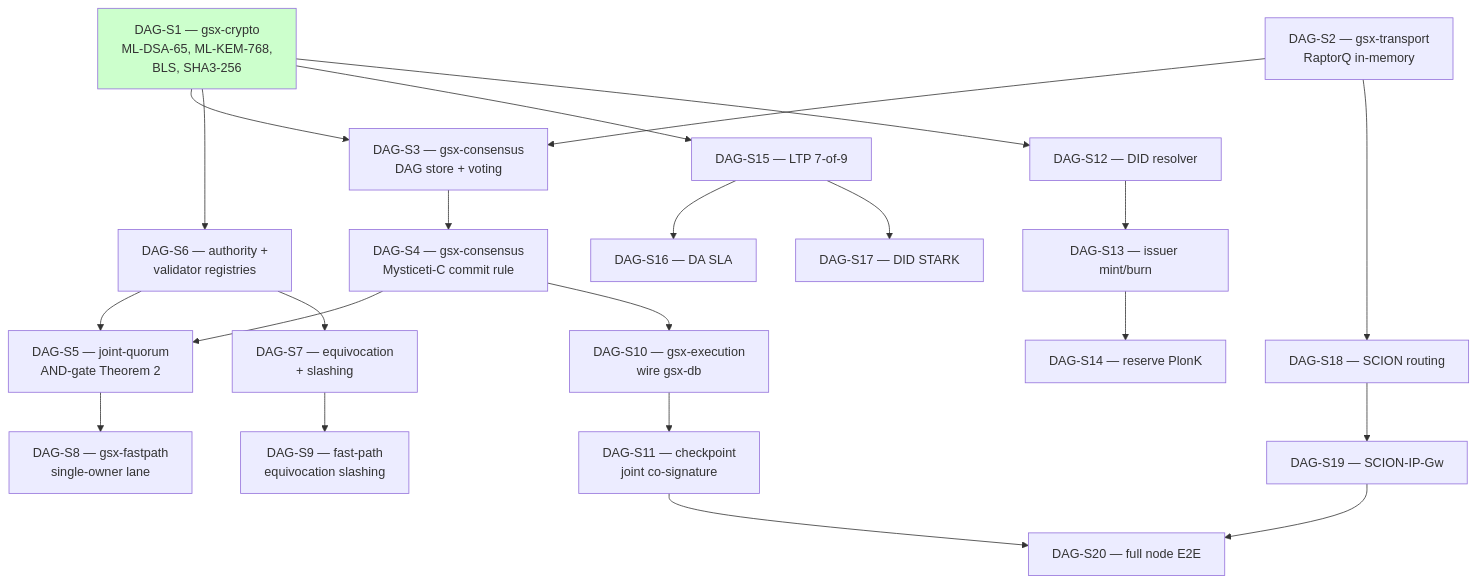
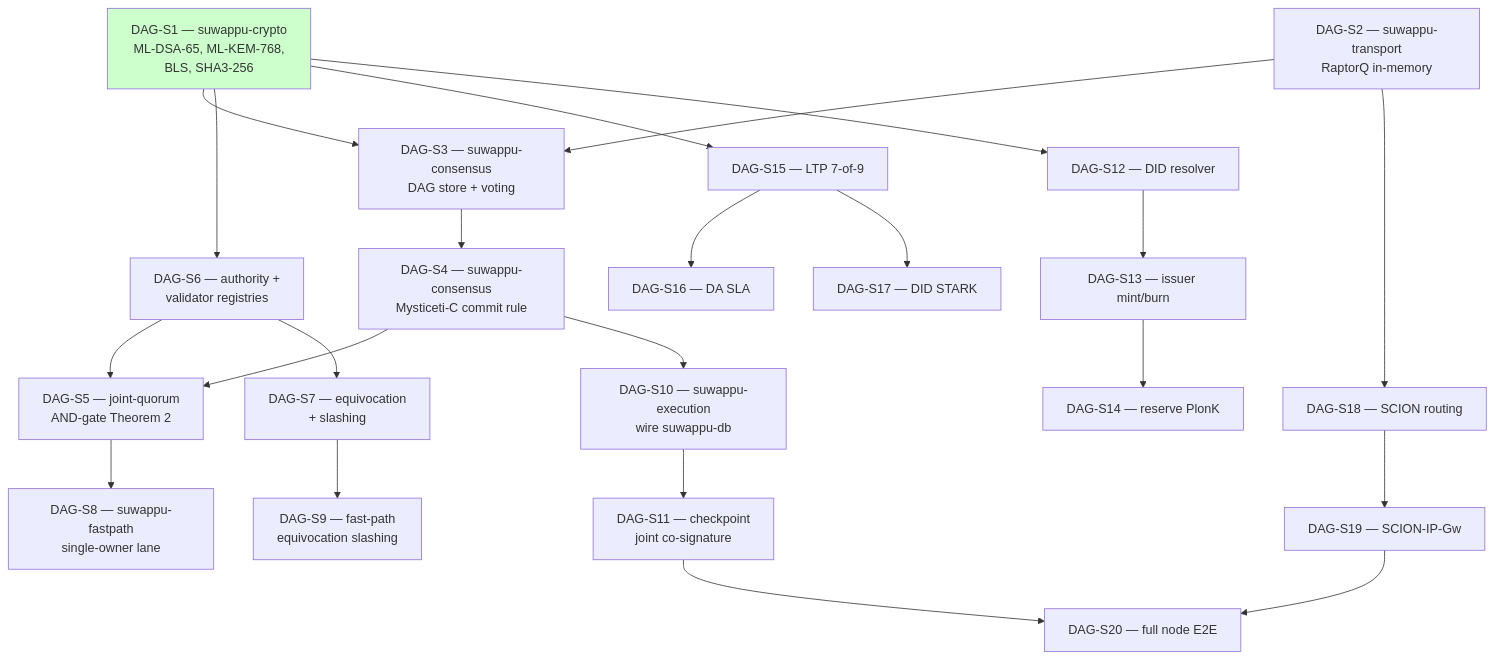
One commit to Suwappu-Labs/suwappu-dag changed the diagram in docs/architecture/sprint-map.md. Above: the diagram before and after it, drawn with Mermaid. The commit also changed other lines of this file and 503 other files, not shown here.

First line of the commit message:
chore: rebrand gsx-dag -> suwappu-dag (crates, code, docs, scripts)

````diff
--- a/docs/architecture/sprint-map.md
+++ b/docs/architecture/sprint-map.md
@@ -8,47 +8,47 @@
 ```mermaid
 flowchart TB
-    S1[DAG-S1 — gsx-crypto<br/>ML-DSA-65, ML-KEM-768,<br/>BLS, SHA3-256]
-    S2[DAG-S2 — gsx-transport<br/>RaptorQ in-memory]
-    S3[DAG-S3 — gsx-consensus<br/>DAG store + voting]
-    S4[DAG-S4 — gsx-consensus<br/>Mysticeti-C commit rule]
+    S1[DAG-S1 — suwappu-crypto<br/>ML-DSA-65, ML-KEM-768,<br/>BLS, SHA3-256]
+    S2[DAG-S2 — suwappu-transport<br/>RaptorQ in-memory]
+    S3[DAG-S3 — suwappu-consensus<br/>DAG store + voting]
+    S4[DAG-S4 — suwappu-consensus<br/>Mysticeti-C commit rule]
     S5[DAG-S5 — joint-quorum<br/>AND-gate Theorem 2]
     S6[DAG-S6 — authority +<br/>validator registries]
     S7[DAG-S7 — equivocation<br/>+ slashing]
-    S8[DAG-S8 — gsx-fastpath<br/>single-owner lane]
+    S8[DAG-S8 — suwappu-fastpath<br/>single-owner lane]
     S9[DAG-S9 — fast-path<br/>equivocation slashing]
-    S10[DAG-S10 — gsx-execution<br/>wire gsx-db]
+    S10[DAG-S10 — suwappu-execution<br/>wire suwappu-db]
     S11[DAG-S11 — checkpoint<br/>joint co-signature]
     S12[DAG-S12 — DID resolver]
     S13[DAG-S13 — issuer mint/burn]
     S14[DAG-S14 — reserve PlonK]
     S15[DAG-S15 — LTP 7-of-9]
     S16[DAG-S16 — DA SLA]
     S17[DAG-S17 — DID STARK]
     S18[DAG-S18 — SCION routing]
     S19[DAG-S19 — SCION-IP-Gw]
     S20[DAG-S20 — full node E2E]
 
     S1 --> S3
     S1 --> S6
     S1 --> S15
     S2 --> S3
     S3 --> S4
     S4 --> S5
     S6 --> S5
     S6 --> S7
     S5 --> S8
     S7 --> S9
     S4 --> S10
     S10 --> S11
     S11 --> S20
     S1 --> S12
     S12 --> S13
     S13 --> S14
     S15 --> S16
     S15 --> S17
     S2 --> S18
     S18 --> S19
     S19 --> S20
 
     style S1 fill:#cfc
 ```
````
